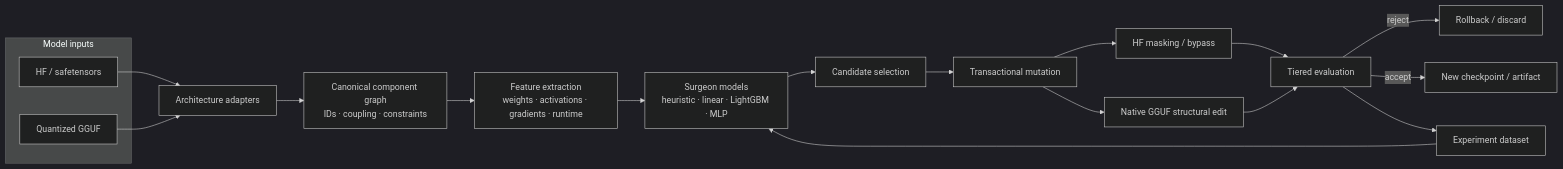
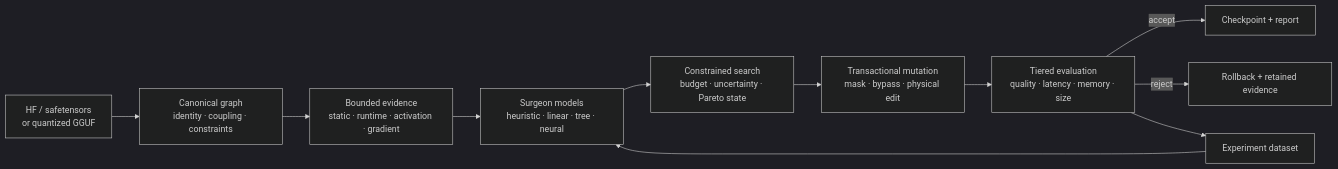
Before and after one commit to xdCloudy/ModelSurgeon: the diagram in README.md, drawn with Mermaid (dark theme). The commit also changed other lines of this file, not shown here.

````diff
--- a/README.md
+++ b/README.md
@@ -34,27 +196,13 @@
 ```mermaid
 flowchart LR
-    subgraph Inputs["Model inputs"]
-        HF["HF / safetensors"]
-        GG["Quantized GGUF"]
-    end
-
-    HF --> AD["Architecture adapters"]
-    GG --> AD
-
-    AD --> CG["Canonical component graph<br/>IDs · coupling · constraints"]
-    CG --> FE["Feature extraction<br/>weights · activations · gradients · runtime"]
-    FE --> SU["Surgeon models<br/>heuristic · linear · LightGBM · MLP"]
-    SU --> CA["Candidate selection"]
-    CA --> MU["Transactional mutation"]
-
-    MU --> HFM["HF masking / bypass"]
-    MU --> GGM["Native GGUF structural edit"]
-
-    HFM --> EV["Tiered evaluation"]
-    GGM --> EV
-
-    EV -->|reject| RB["Rollback / discard"]
-    EV -->|accept| OUT["New checkpoint / artifact"]
-    EV --> DS["Experiment dataset"]
-    DS --> SU
+    INPUT["HF / safetensors<br/>or quantized GGUF"] --> GRAPH["Canonical graph<br/>identity · coupling · constraints"]
+    GRAPH --> FEATURES["Bounded evidence<br/>static · runtime · activation · gradient"]
+    FEATURES --> SURGEON["Surgeon models<br/>heuristic · linear · tree · neural"]
+    SURGEON --> SEARCH["Constrained search<br/>budget · uncertainty · Pareto state"]
+    SEARCH --> MUTATE["Transactional mutation<br/>mask · bypass · physical edit"]
+    MUTATE --> EVAL["Tiered evaluation<br/>quality · latency · memory · size"]
+    EVAL -->|accept| OUTPUT["Checkpoint + report"]
+    EVAL -->|reject| ROLLBACK["Rollback + retained evidence"]
+    EVAL --> DATA["Experiment dataset"]
+    DATA --> SURGEON
 ```
````
